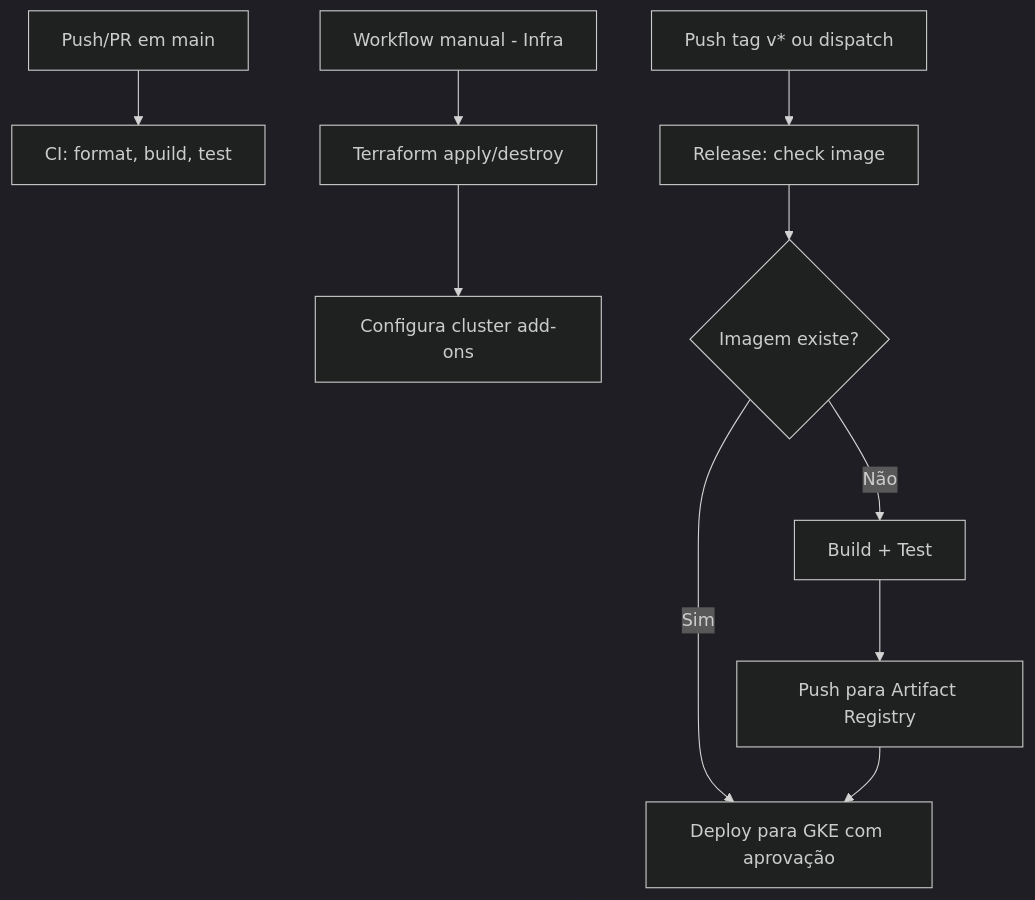
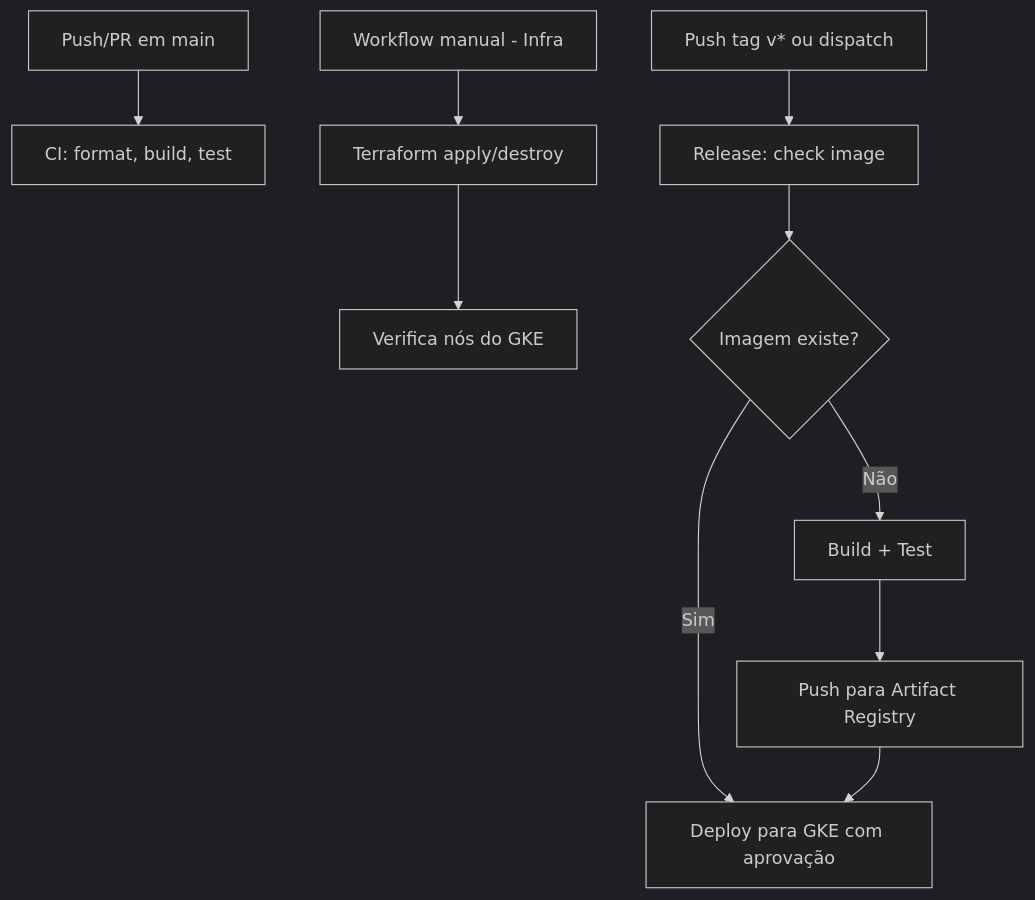
Before and after one commit to alysonGuimaraes/oficina-mecanica-api: the diagram in docs/ci-cd/README.md, drawn with Mermaid (dark theme). The commit also changed other lines of this file and 10 other files, not shown here.

````diff
--- a/docs/ci-cd/README.md
+++ b/docs/ci-cd/README.md
@@ -15,12 +15,12 @@
 ```mermaid
 flowchart TD
     A[Push/PR em main] --> B[CI: format, build, test]
     C[Workflow manual - Infra] --> D[Terraform apply/destroy]
-    D --> E[Configura cluster add-ons]
+    D --> E[Verifica nós do GKE]
     F[Push tag v* ou dispatch] --> G[Release: check image]
     G --> H{Imagem existe?}
     H -- Não --> I[Build + Test]
     I --> J[Push para Artifact Registry]
     H -- Sim --> K[Deploy direto]
     J --> K[Deploy para GKE com aprovação]
 ```
````
